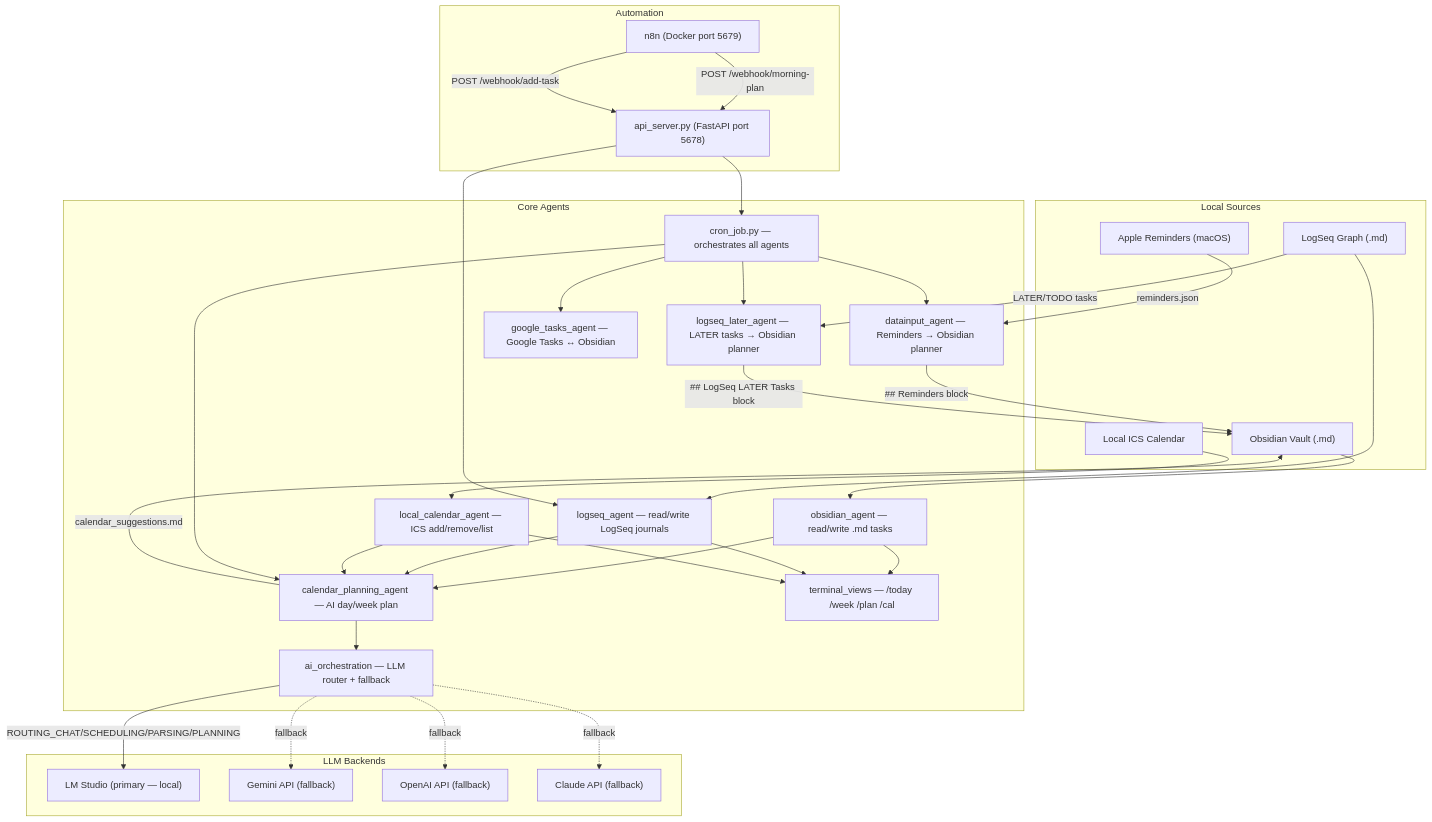
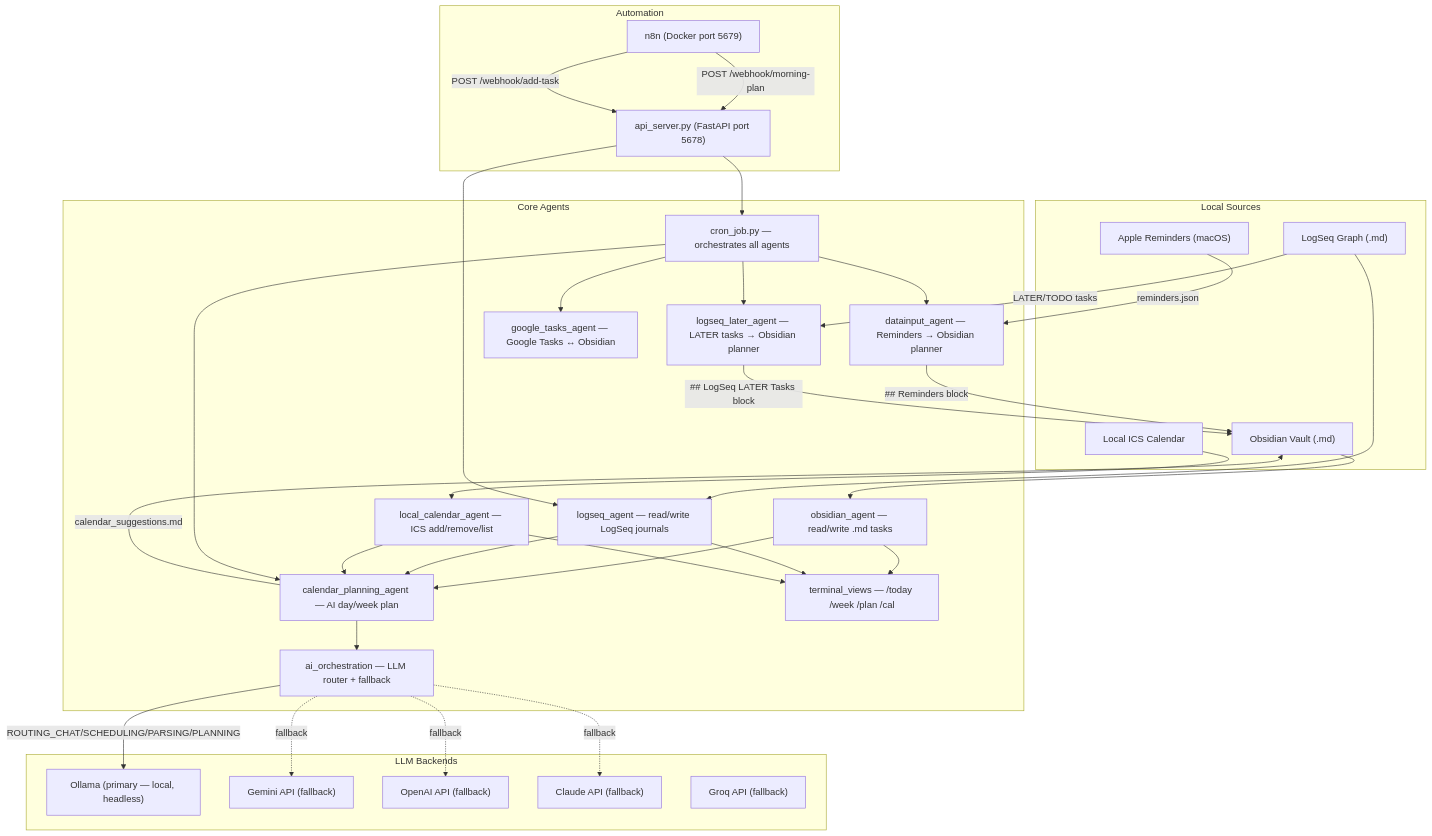
Before and after one commit to motethansen/ai_agent_assistant: the diagram in docs/PROJECT_OVERVIEW.md, drawn with Mermaid. The commit also changed other lines of this file and 33 other files, not shown here.

First line of the commit message:
refactor: transition to Ollama-first headless architecture

````diff
--- a/docs/PROJECT_OVERVIEW.md
+++ b/docs/PROJECT_OVERVIEW.md
@@ -9,71 +9,72 @@
 ```mermaid
 graph TD
     subgraph "Local Sources"
         Obsidian["Obsidian Vault (.md)"]
         LogSeq["LogSeq Graph (.md)"]
         AppleRem["Apple Reminders (macOS)"]
         ICS["Local ICS Calendar"]
     end
 
     subgraph "Core Agents"
         DataInput["datainput_agent — Reminders → Obsidian planner"]
         LogSeqLater["logseq_later_agent — LATER tasks → Obsidian planner"]
         CalPlan["calendar_planning_agent — AI day/week plan"]
         CronJob["cron_job.py — orchestrates all agents"]
         TermViews["terminal_views — /today /week /plan /cal"]
         ObsAgent["obsidian_agent — read/write .md tasks"]
         LSAgent["logseq_agent — read/write LogSeq journals"]
         LocalCal["local_calendar_agent — ICS add/remove/list"]
         GTasks["google_tasks_agent — Google Tasks ↔ Obsidian"]
         AIOrch["ai_orchestration — LLM router + fallback"]
     end
 
     subgraph "LLM Backends"
-        LMStudio["LM Studio (primary — local)"]
+        Ollama["Ollama (primary — local, headless)"]
         Gemini["Gemini API (fallback)"]
         OpenAI["OpenAI API (fallback)"]
         Claude["Claude API (fallback)"]
+        Groq["Groq API (fallback)"]
     end
 
     subgraph "Automation"
         N8N["n8n (Docker port 5679)"]
         APIServer["api_server.py (FastAPI port 5678)"]
     end
 
     %% Data flows
     AppleRem -->|reminders.json| DataInput
     DataInput -->|## Reminders block| Obsidian
     LogSeq -->|LATER/TODO tasks| LogSeqLater
     LogSeqLater -->|## LogSeq LATER Tasks block| Obsidian
     Obsidian --> ObsAgent
     LogSeq --> LSAgent
     ICS --> LocalCal
 
     %% Planning pipeline
     ObsAgent --> CalPlan
     LSAgent --> CalPlan
     LocalCal --> CalPlan
     CalPlan -->|calendar_suggestions.md| Obsidian
     CronJob --> DataInput
     CronJob --> LogSeqLater
     CronJob --> CalPlan
     CronJob --> GTasks
 
     %% Terminal views
     ObsAgent --> TermViews
     LSAgent --> TermViews
     LocalCal --> TermViews
 
     %% LLM routing
-    AIOrch -->|ROUTING_CHAT/SCHEDULING/PARSING/PLANNING| LMStudio
+    AIOrch -->|ROUTING_CHAT/SCHEDULING/PARSING/PLANNING| Ollama
     AIOrch -.->|fallback| Gemini
     AIOrch -.->|fallback| OpenAI
     AIOrch -.->|fallback| Claude
     CalPlan --> AIOrch
 
     %% n8n automation
     N8N -->|POST /webhook/morning-plan| APIServer
     APIServer --> CronJob
     N8N -->|POST /webhook/add-task| APIServer
     APIServer --> LSAgent
 ```
````
